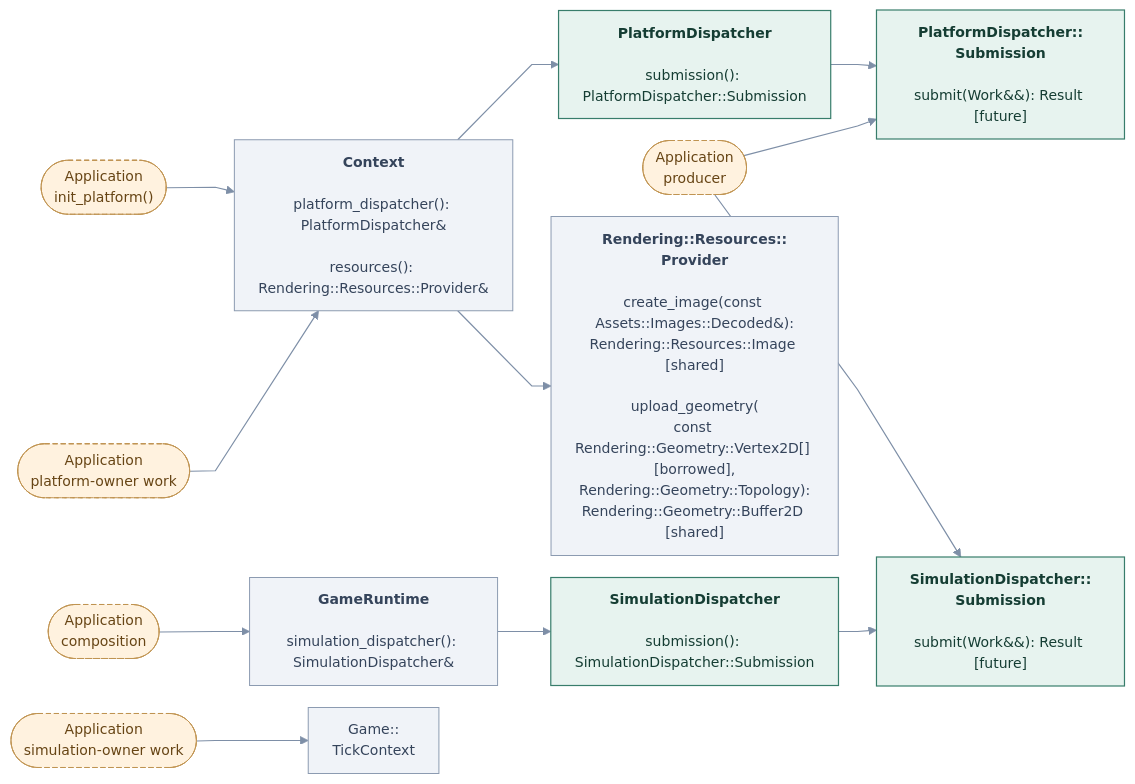
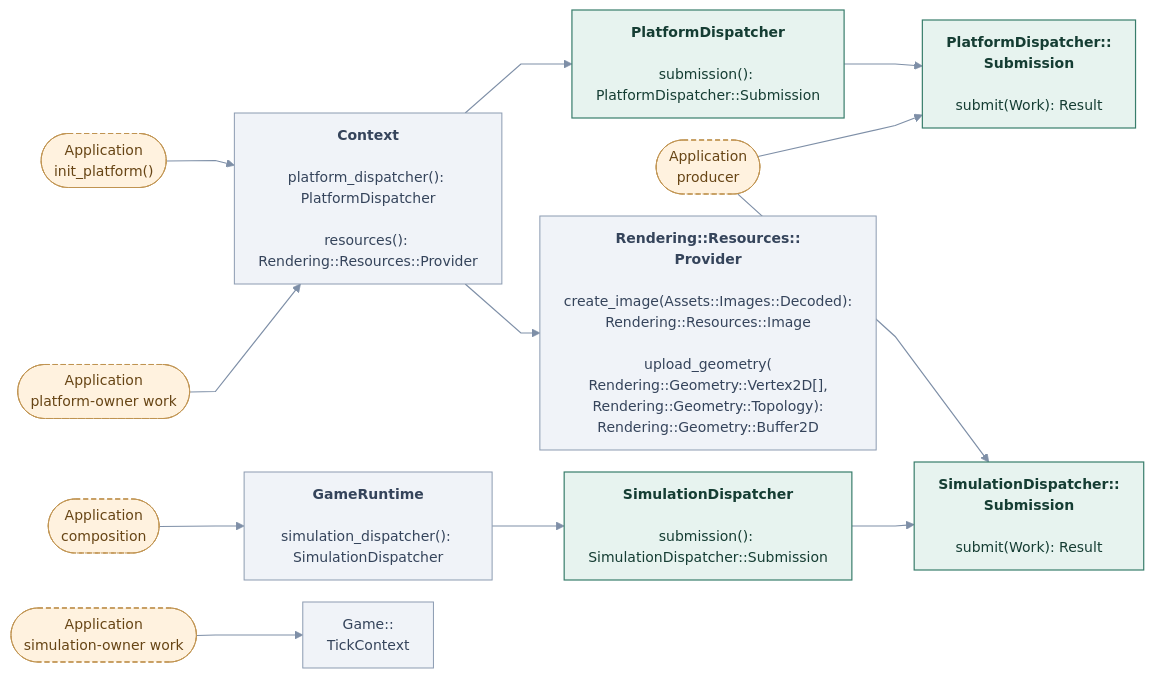
The diagram in docs/site/engine-systems/diagrams/dispatch-application.mmd (cppcooper/cheryl-engine), drawn with Mermaid before and after one commit. The commit also changed 52 other files, not shown here.

First line of the commit message:
Shows participating types without declaration qualifiers in diagrams

```diff
--- a/docs/site/engine-systems/diagrams/dispatch-application.mmd
+++ b/docs/site/engine-systems/diagrams/dispatch-application.mmd
@@ -1,45 +1,45 @@
 ---
 config:
   theme: base
   themeVariables:
     fontFamily: system-ui, sans-serif
     fontSize: 14px
   flowchart:
     htmlLabels: true
     curve: linear
     nodeSpacing: 22
     rankSpacing: 38
     padding: 12
 ---
 flowchart LR
     accTitle: Dispatch · application owner requests
-    accDescr: Local names omit Runtime::; ambiguous nested namespaces remain qualified. Local names omit Runtime::; ambiguous nested namespaces remain qualified. Arrows point toward the API or type used, not call order or data flow. Methods beneath type names are selected application entry points; Implement hooks marks engine-invoked overrides. Dashed arrows mark optional choices.
+    accDescr: Local names omit Runtime::; ambiguous nested namespaces remain qualified. Arrows point toward the API or type used, not call order or data flow. Methods beneath type names are selected application entry points; Implement hooks marks engine-invoked overrides. Dashed arrows mark optional choices.
     k0(["Application<br/>init_platform()"]):::app
-    k1["<b>Context</b><br/><br/>platform_dispatcher(): PlatformDispatcher&amp;<br/><br/>resources(): Rendering::Resources::Provider&amp;"]:::neighbor
+    k1["<b>Context</b><br/><br/>platform_dispatcher(): PlatformDispatcher<br/><br/>resources(): Rendering::Resources::Provider"]:::neighbor
     k2["<b>PlatformDispatcher</b><br/><br/>submission(): PlatformDispatcher::Submission"]:::focal
-    k3["<b>PlatformDispatcher::<br/>Submission</b><br/><br/>submit(Work&amp;&amp;): Result [future]"]:::focal
+    k3["<b>PlatformDispatcher::<br/>Submission</b><br/><br/>submit(Work): Result"]:::focal
     k4(["Application<br/>producer"]):::app
     k5(["Application<br/>platform-owner work"]):::app
-    k6["<b>Rendering::Resources::<br/>Provider</b><br/><br/>create_image(const Assets::Images::Decoded&amp;):<br/>Rendering::Resources::Image [shared]<br/><br/>upload_geometry(<br/>const Rendering::Geometry::Vertex2D[] [borrowed],<br/>Rendering::Geometry::Topology):<br/>Rendering::Geometry::Buffer2D [shared]"]:::neighbor
+    k6["<b>Rendering::Resources::<br/>Provider</b><br/><br/>create_image(Assets::Images::Decoded):<br/>Rendering::Resources::Image<br/><br/>upload_geometry(<br/>Rendering::Geometry::Vertex2D[],<br/>Rendering::Geometry::Topology):<br/>Rendering::Geometry::Buffer2D"]:::neighbor
     k7(["Application<br/>composition"]):::app
-    k8["<b>GameRuntime</b><br/><br/>simulation_dispatcher(): SimulationDispatcher&amp;"]:::neighbor
+    k8["<b>GameRuntime</b><br/><br/>simulation_dispatcher(): SimulationDispatcher"]:::neighbor
     k9["<b>SimulationDispatcher</b><br/><br/>submission(): SimulationDispatcher::Submission"]:::focal
-    k10["<b>SimulationDispatcher::<br/>Submission</b><br/><br/>submit(Work&amp;&amp;): Result [future]"]:::focal
+    k10["<b>SimulationDispatcher::<br/>Submission</b><br/><br/>submit(Work): Result"]:::focal
     k11(["Application<br/>simulation-owner work"]):::app
     k12["Game::<br/>TickContext"]:::neighbor
     k0 --> k1
     k1 --> k2
     k2 --> k3
     k4 --> k3
     k5 --> k1
     k1 --> k6
     k7 --> k8
     k8 --> k9
     k9 --> k10
     k4 --> k10
     k11 --> k12
     classDef focal fill:#e7f3ef,stroke:#387d6b,color:#153d33,stroke-width:1.2px
     classDef neighbor fill:#f0f3f8,stroke:#8c9bb1,color:#35445b,stroke-width:1px
     classDef app fill:#fff2df,stroke:#c09452,color:#674515,stroke-dasharray:5 3
     classDef system fill:#eaf0fc,stroke:#617fab,color:#263f69,stroke-width:1.2px
     linkStyle default stroke:#7e8fa7,stroke-width:1.2px
```
